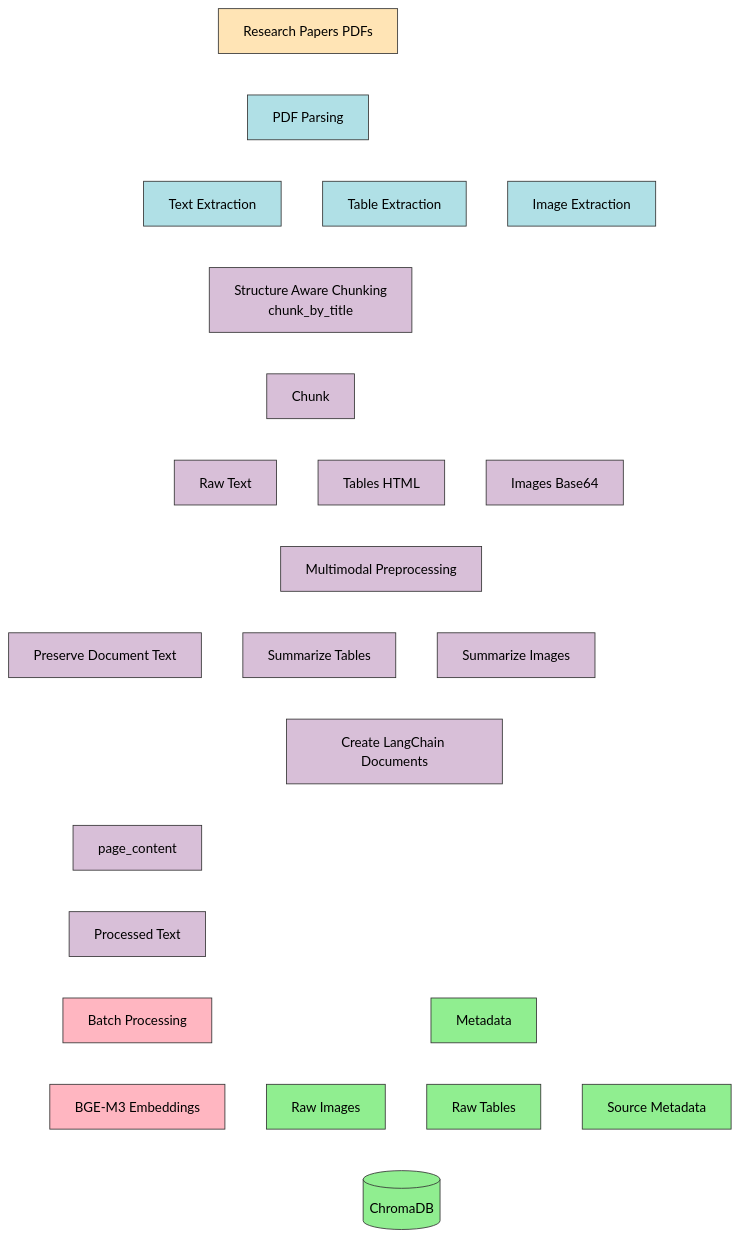
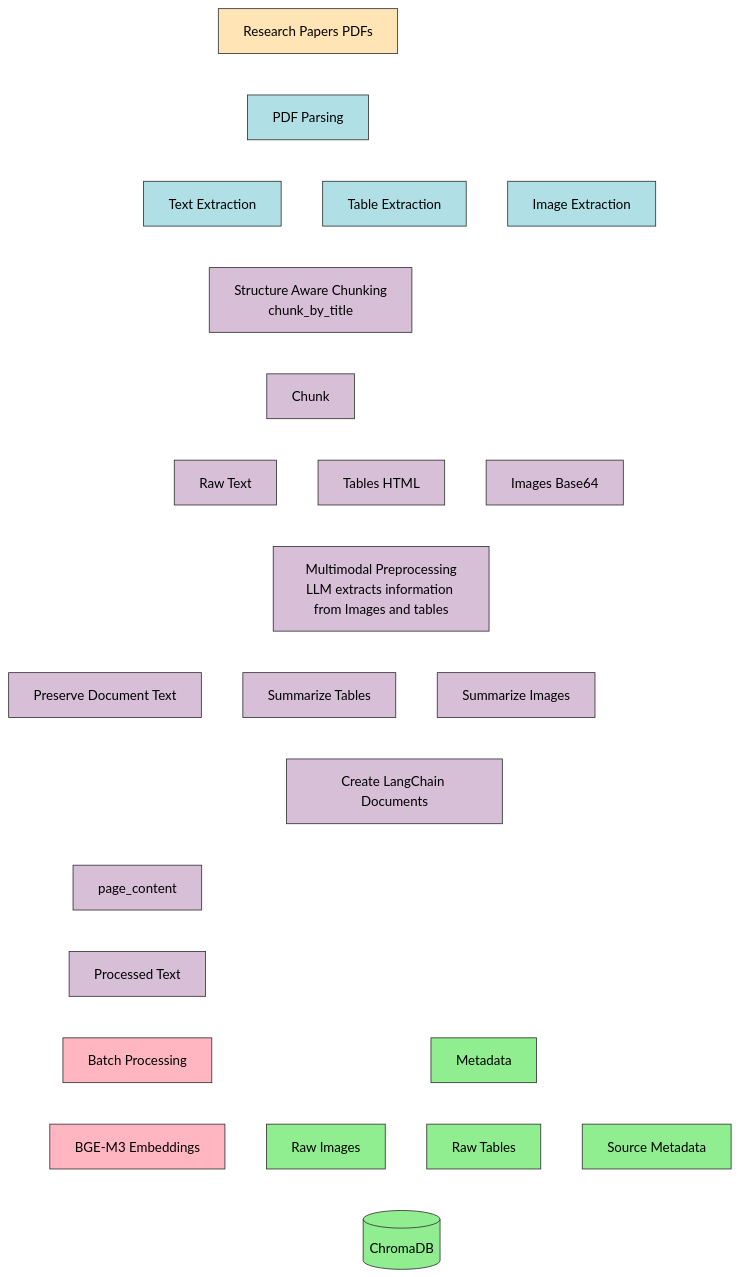
Before and after one commit to risvanthkm/spider_ml_task1: the first of 2 diagrams in applied_ml_domain/chatbot_code/README.md, drawn with Mermaid.

Commit message:
Update chatbot_code Readme

````diff
--- a/applied_ml_domain/chatbot_code/README.md
+++ b/applied_ml_domain/chatbot_code/README.md
@@ -38,74 +38,74 @@
 ```mermaid
 %%{
 init: {
 'theme':'base',
 'themeVariables':{
 'lineColor':'#FFFFFF',
 'primaryBorderColor':'#FFFFFF',
 'primaryTextColor':'#000000'
 }
 }
 }%%
 
 flowchart TD
 
 A[Research Papers PDFs] --> B[PDF Parsing]
 
 B --> C1[Text Extraction]
 B --> C2[Table Extraction]
 B --> C3[Image Extraction]
 
 C1 --> D[Structure Aware Chunking<br/>chunk_by_title]
 C2 --> D
 C3 --> D
 
 D --> E[Chunk]
 
 E --> F1[Raw Text]
 E --> F2[Tables HTML]
 E --> F3[Images Base64]
 
-F1 --> G[Multimodal Preprocessing]
+F1 --> G[Multimodal Preprocessing<br/>LLM extracts information from Images and tables]
 F2 --> G
 F3 --> G
 
 G --> H1[Preserve Document Text]
 G --> H2[Summarize Tables]
 G --> H3[Summarize Images]
 
 H1 --> I[Create LangChain Documents]
 H2 --> I
 H3 --> I
 
 I --> J[Metadata]
 I --> S[page_content]
 
 S --> W[Processed Text]
 
 L --> K[BGE-M3 Embeddings]
 
 W --> L[Batch Processing]
 
 K --> M[(ChromaDB)]
 
 J --> R1
 J --> R2
 J --> R3
 
 R1[Raw Images] --> M
 R2[Raw Tables] --> M
 R3[Source Metadata] --> M
 
 linkStyle default stroke:#FFFFFF,stroke-width:2px
 classDef source fill:#FFE4B5,color:#000000,stroke:#333333
 classDef extract fill:#B0E0E6,color:#000000,stroke:#333333
 classDef process fill:#D8BFD8,color:#000000,stroke:#333333
 classDef storage fill:#90EE90,color:#000000,stroke:#333333
 classDef embed fill:#FFB6C1,color:#000000,stroke:#333333
 
 class A source
 class B,C1,C2,C3 extract
 class D,E,F1,F2,F3,G,H1,H2,H3,I,S,W process
 class K,L embed
 class M,R1,R2,R3,J storage
 ```
````
